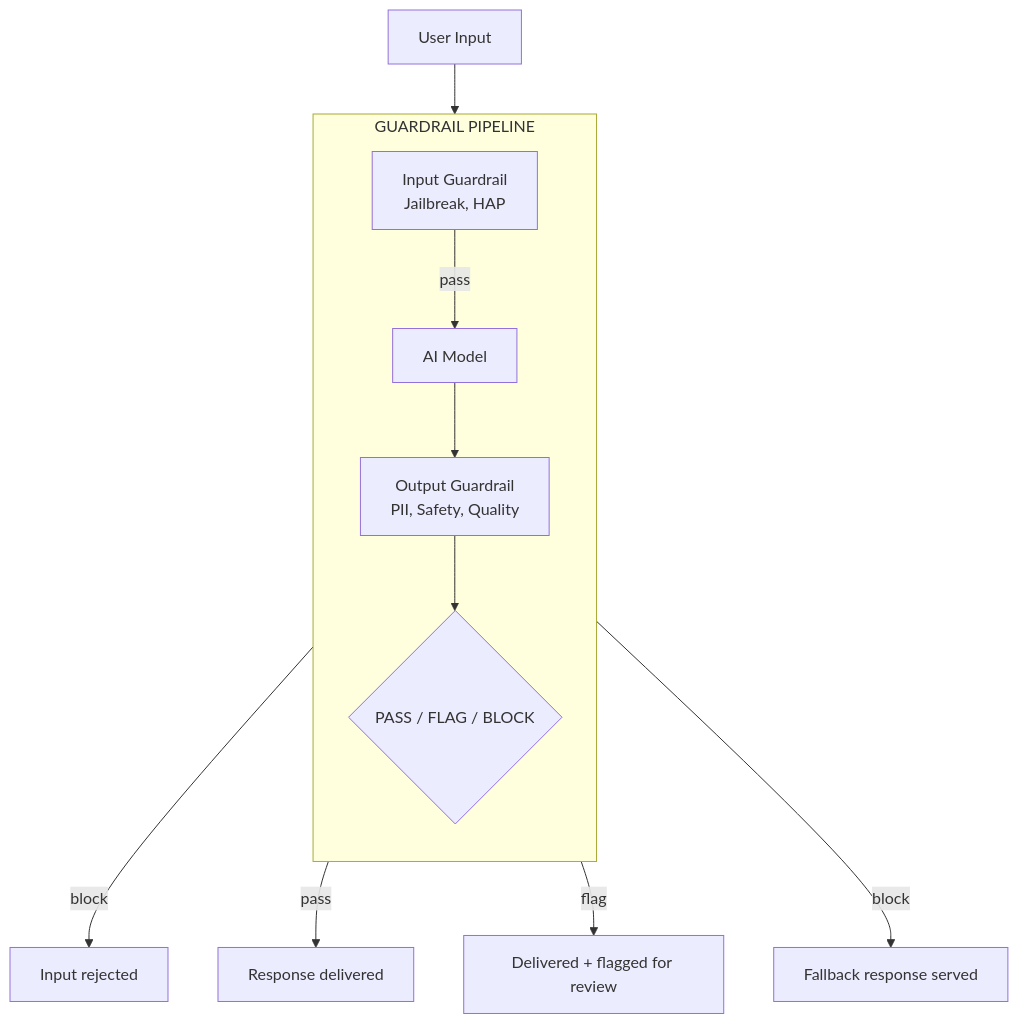
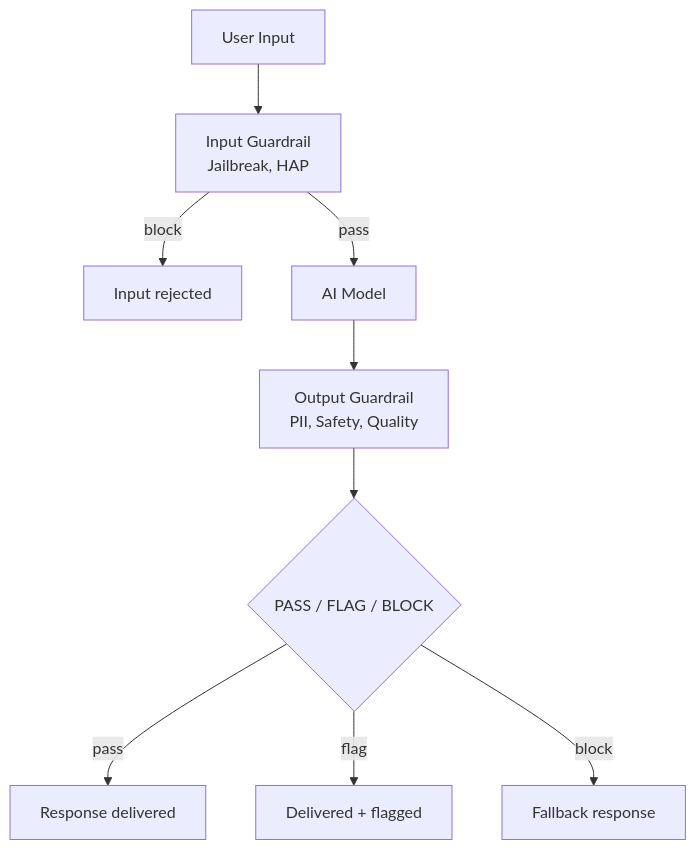
Before and after one commit to ibm-self-serve-assets/building-blocks-docs: the diagram in docs-src/ai-core/ai-trust/real-time-guardrails.md, drawn with Mermaid. The commit also changed 10 other files, not shown here.

````diff
--- a/docs-src/ai-core/ai-trust/real-time-guardrails.md
+++ b/docs-src/ai-core/ai-trust/real-time-guardrails.md
@@ -13,21 +13,13 @@
 ```mermaid
-graph TD
+graph TB
     REQ["User Input"]
-
-    subgraph guardrails["GUARDRAIL PIPELINE"]
-        direction TB
-        INPUT_CHK["Input Guardrail<br>Jailbreak, HAP"]
-        MODEL["AI Model"]
-        OUTPUT_CHK["Output Guardrail<br>PII, Safety, Quality"]
-        DEC{"PASS / FLAG / BLOCK"}
-    end
-
     REQ --> INPUT_CHK
-    INPUT_CHK -->|"pass"| MODEL
+    INPUT_CHK["Input Guardrail<br>Jailbreak, HAP"]
     INPUT_CHK -->|"block"| BLOCKED1["Input rejected"]
-    MODEL --> OUTPUT_CHK
-    OUTPUT_CHK --> DEC
+    INPUT_CHK -->|"pass"| MODEL["AI Model"]
+    MODEL --> OUTPUT_CHK["Output Guardrail<br>PII, Safety, Quality"]
+    OUTPUT_CHK --> DEC{"PASS / FLAG / BLOCK"}
     DEC -->|"pass"| RESP["Response delivered"]
-    DEC -->|"flag"| FLAG["Delivered + flagged for review"]
-    DEC -->|"block"| BLOCKED2["Fallback response served"]
+    DEC -->|"flag"| FLAG["Delivered + flagged"]
+    DEC -->|"block"| BLOCKED2["Fallback response"]
 ```
````
